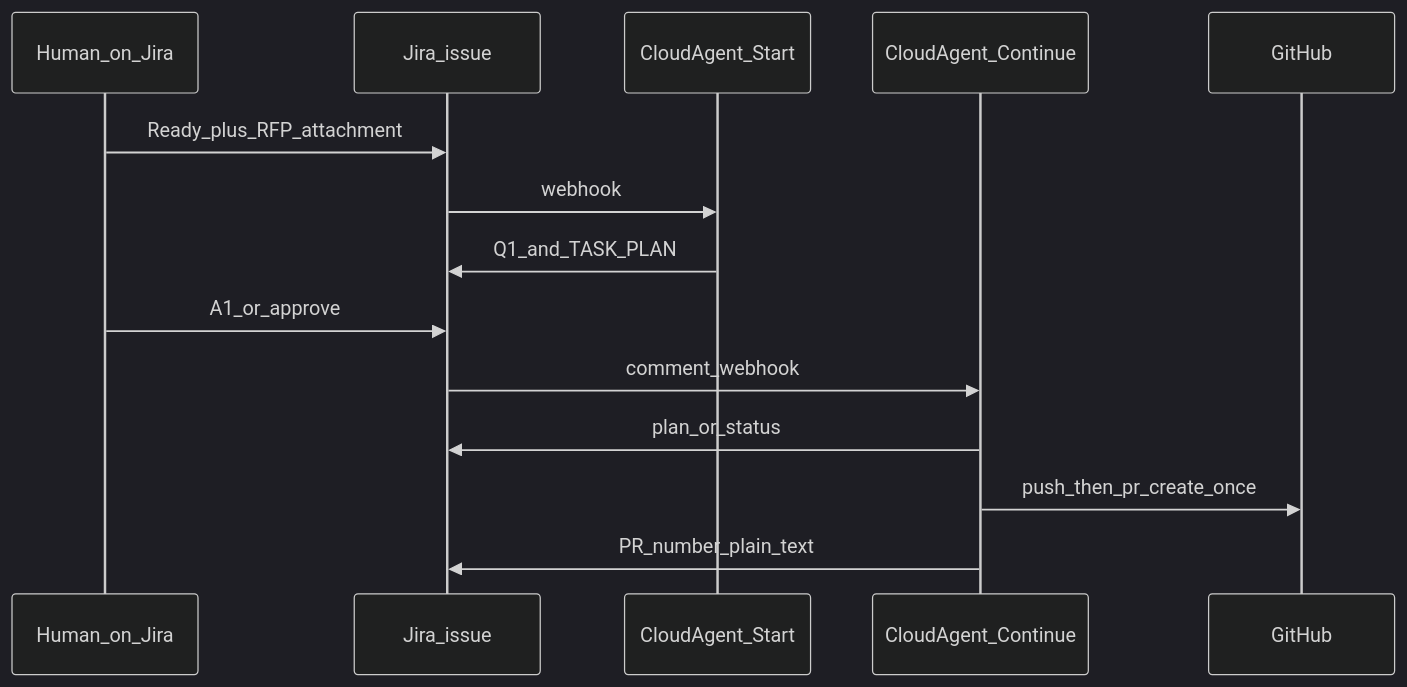
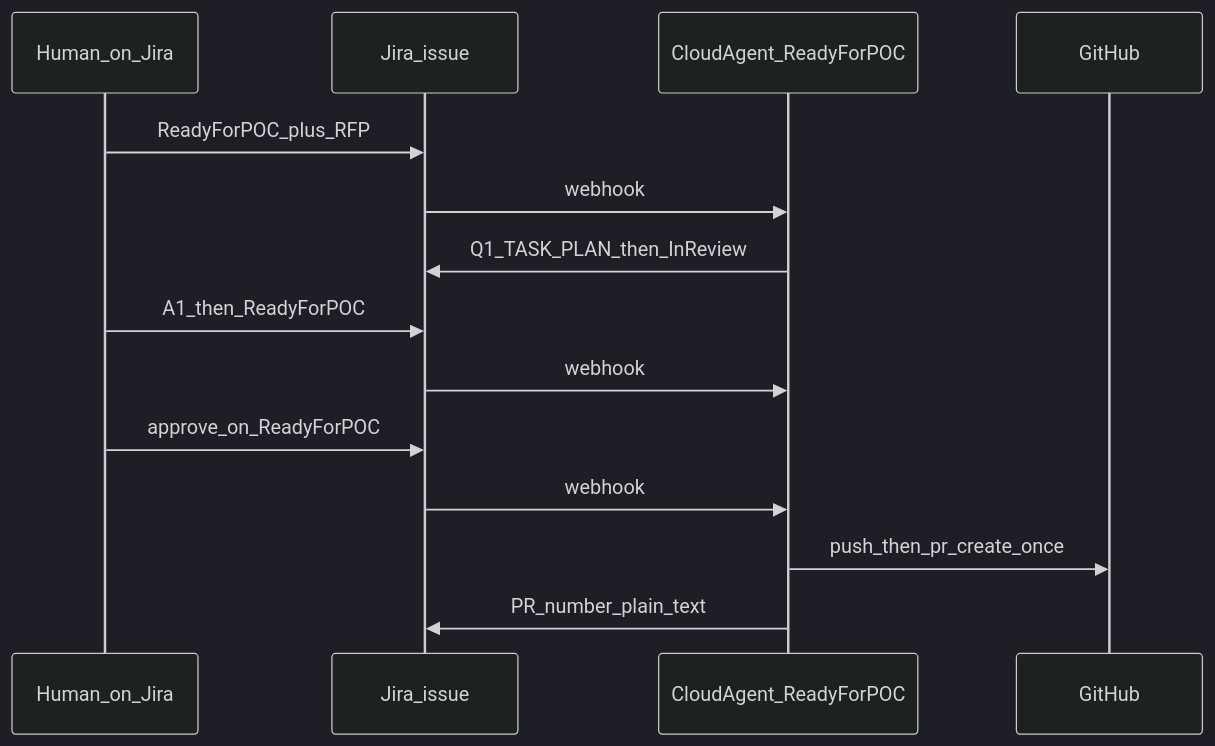
One commit to Omneya-Fathy/IRFPPOCCreator changed the diagram in Readme.md. Above: the diagram before and after it, drawn with Mermaid (dark theme). The commit also changed other lines of this file and 36 other files, not shown here.

````diff
--- a/Readme.md
+++ b/Readme.md
@@ -102,17 +100,17 @@
 ```mermaid
 sequenceDiagram
   participant Human as Human_on_Jira
   participant Jira as Jira_issue
-  participant Start as CloudAgent_Start
-  participant Cont as CloudAgent_Continue
+  participant Agent as CloudAgent_ReadyForPOC
   participant GH as GitHub
 
-  Human->>Jira: Ready_plus_RFP_attachment
-  Jira->>Start: webhook
-  Start->>Jira: Q1_and_TASK_PLAN
-  Human->>Jira: A1_or_approve
-  Jira->>Cont: comment_webhook
-  Cont->>Jira: plan_or_status
-  Cont->>GH: push_then_pr_create_once
-  Cont->>Jira: PR_number_plain_text
+  Human->>Jira: ReadyForPOC_plus_RFP
+  Jira->>Agent: webhook
+  Agent->>Jira: Q1_TASK_PLAN_then_InReview
+  Human->>Jira: A1_then_ReadyForPOC
+  Jira->>Agent: webhook
+  Human->>Jira: approve_on_ReadyForPOC
+  Jira->>Agent: webhook
+  Agent->>GH: push_then_pr_create_once
+  Agent->>Jira: PR_number_plain_text
 ```
````
